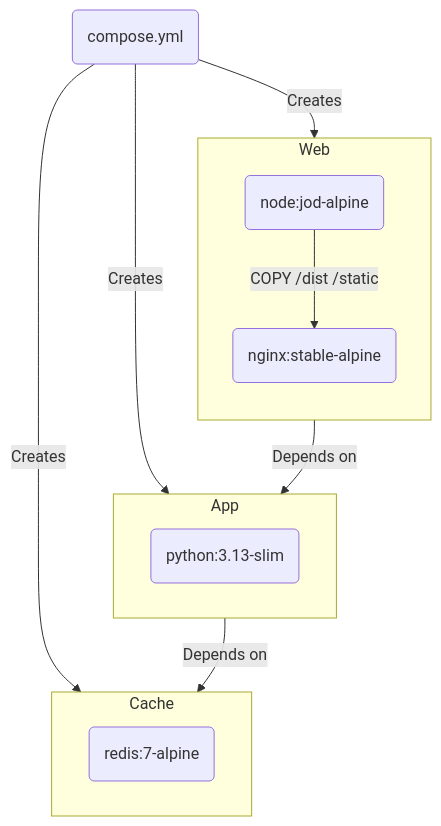
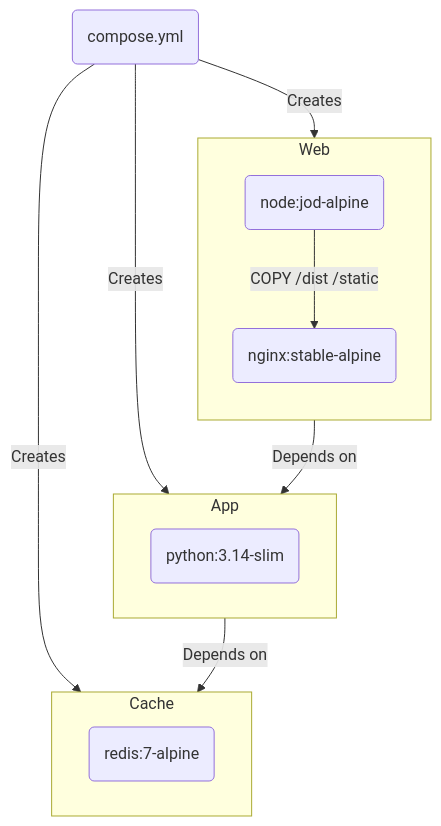
One commit to LandRegistry/govuk-frontend-flask changed the first of 2 diagrams in README.md. Above: the diagram before and after it, drawn with Mermaid. The commit also changed other lines of this file and 3 other files, not shown here.

````diff
--- a/README.md
+++ b/README.md
@@ -67,25 +67,25 @@
 ```mermaid
 flowchart TB
     compose(compose.yml)
     nginx(nginx:stable-alpine)
     node(node:jod-alpine)
-    python(python:3.13-slim)
+    python(python:3.14-slim)
     redis(redis:7-alpine)
 
     compose -- Creates --> App & Cache & Web
     App -- Depends on --> Cache
     Web -- Depends on --> App
 
     subgraph Web
         direction TB
         node -- COPY /dist /static --> nginx
     end
 
     subgraph App
         python
     end
 
     subgraph Cache
         redis
     end
 ```
````
